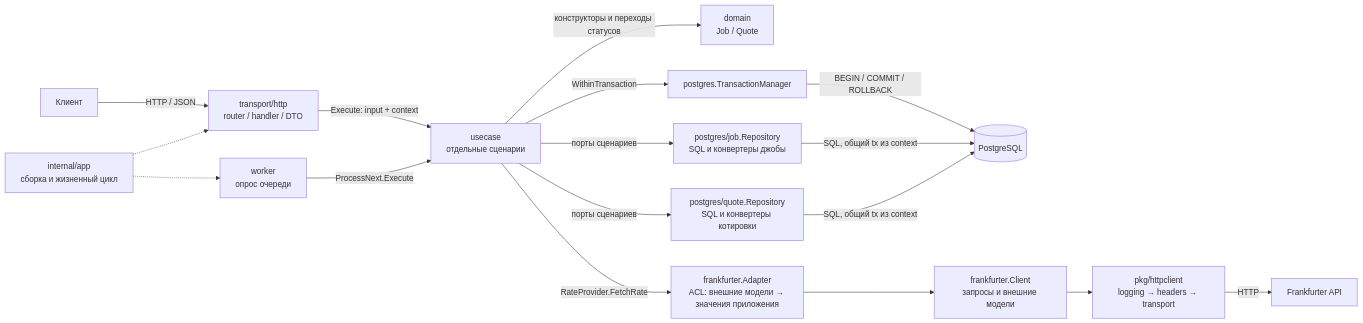
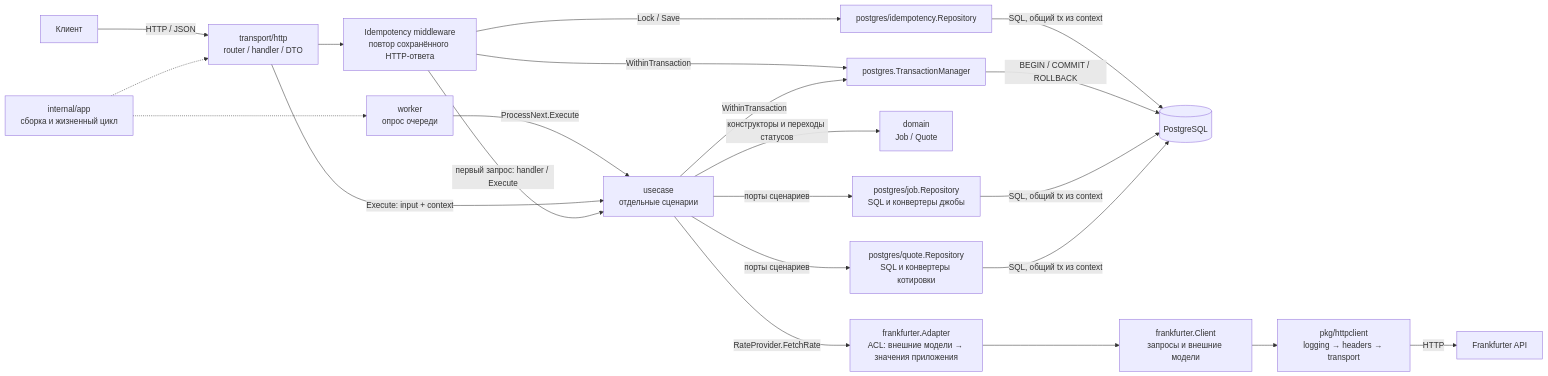
Before and after one commit to artyomstank/plata-currency-service: the first of 2 diagrams in docs/architecture.md, drawn with Mermaid. The commit also changed other lines of this file and 52 other files, not shown here.

Commit message:
feat: add new table and extracted idempotency to middleware and DB

````diff
--- a/docs/architecture.md
+++ b/docs/architecture.md
@@ -35,19 +35,24 @@
 ```mermaid
 flowchart LR
     Client["Клиент"] -->|HTTP / JSON| HTTP["transport/http<br/>router / handler / DTO"]
     App["internal/app<br/>сборка и жизненный цикл"] -.-> HTTP
     App -.-> Worker["worker<br/>опрос очереди"]
     Worker -->|ProcessNext.Execute| UC["usecase<br/>отдельные сценарии"]
     HTTP -->|Execute: input + context| UC
+    HTTP --> Idempotency["Idempotency middleware<br/>повтор сохранённого HTTP-ответа"]
+    Idempotency -->|WithinTransaction| TM
+    Idempotency -->|Lock / Save| Responses["postgres/idempotency.Repository"]
+    Idempotency -->|первый запрос: handler / Execute| UC
+    Responses -->|SQL, общий tx из context| DB
     UC -->|конструкторы и переходы статусов| Domain["domain<br/>Job / Quote"]
     UC -->|WithinTransaction| TM["postgres.TransactionManager"]
     UC -->|порты сценариев| Jobs["postgres/job.Repository<br/>SQL и конвертеры джобы"]
     UC -->|порты сценариев| Quotes["postgres/quote.Repository<br/>SQL и конвертеры котировки"]
     UC -->|RateProvider.FetchRate| Adapter["frankfurter.Adapter<br/>ACL: внешние модели → значения приложения"]
     TM -->|BEGIN / COMMIT / ROLLBACK| DB[("PostgreSQL")]
     Jobs -->|SQL, общий tx из context| DB
     Quotes -->|SQL, общий tx из context| DB
     Adapter --> Source["frankfurter.Client<br/>запросы и внешние модели"]
     Source --> Outbound["pkg/httpclient<br/>logging → headers → transport"]
     Outbound -->|HTTP| Rates["Frankfurter API"]
 ```
````
